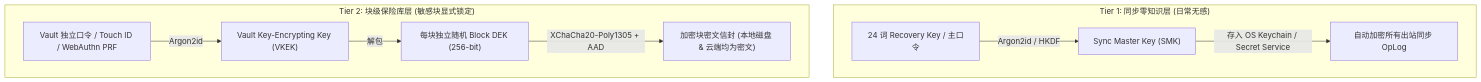
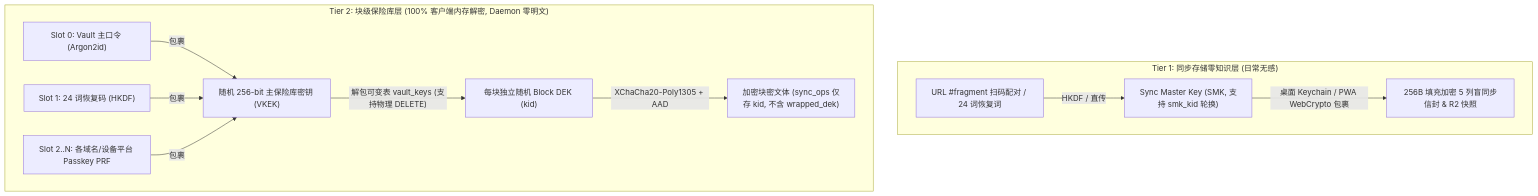
The fifth of 6 diagrams in docs/architecture-proposal.md (gray0128/my-note), drawn with Mermaid before and after one commit. The commit also changed other lines of this file and 4 other files, not shown here.

````diff
--- a/docs/architecture-proposal.md
+++ b/docs/architecture-proposal.md
@@ -408,13 +429,15 @@
 ```mermaid
 flowchart TD
-    subgraph Tier1["Tier 1: 同步零知识层 (日常无感)"]
-        RecKey["24 词 Recovery Key / 主口令"] -->|"Argon2id / HKDF"| SMK["Sync Master Key (SMK)"]
-        SMK -->|"存入 OS Keychain / Secret Service"| AutoEnc["自动加密所有出站同步 OpLog"]
+    subgraph Tier1["Tier 1: 同步存储零知识层 (日常无感)"]
+        PairOrRec["URL #fragment 扫码配对 / 24 词恢复词"] -->|"HKDF / 直传"| SMK["Sync Master Key (SMK, 支持 smk_kid 轮换)"]
+        SMK -->|"桌面 Keychain / PWA WebCrypto 包裹"| AutoEnc["256B 填充加密 5 列盲同步信封 & R2 快照"]
     end
 
-    subgraph Tier2["Tier 2: 块级保险库层 (敏感块显式锁定)"]
-        VaultPass["Vault 独立口令 / Touch ID / WebAuthn PRF"] -->|"Argon2id"| VKEK["Vault Key-Encrypting Key (VKEK)"]
-        VKEK -->|"解包"| BDEK["每块独立随机 Block DEK (256-bit)"]
-        BDEK -->|"XChaCha20-Poly1305 + AAD"| LockedBlob["加密块密文信封 (本地磁盘 & 云端均为密文)"]
+    subgraph Tier2["Tier 2: 块级保险库层 (100% 客户端内存解密, Daemon 零明文)"]
+        S0["Slot 0: Vault 主口令 (Argon2id)"] -->|"包裹"| VKEK["随机 256-bit 主保险库密钥 (VKEK)"]
+        S1["Slot 1: 24 词恢复码 (HKDF)"] -->|"包裹"| VKEK
+        S2["Slot 2..N: 各域名/设备平台 Passkey PRF"] -->|"包裹"| VKEK
+        VKEK -->|"解包可变表 vault_keys (支持物理 DELETE)"| BDEK["每块独立随机 Block DEK (kid)"]
+        BDEK -->|"XChaCha20-Poly1305 + AAD"| LockedBlob["加密块密文体 (sync_ops 仅存 kid, 不含 wrapped_dek)"]
     end
 ```
````
